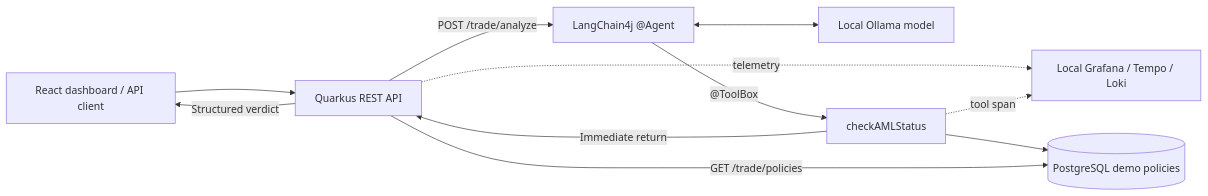
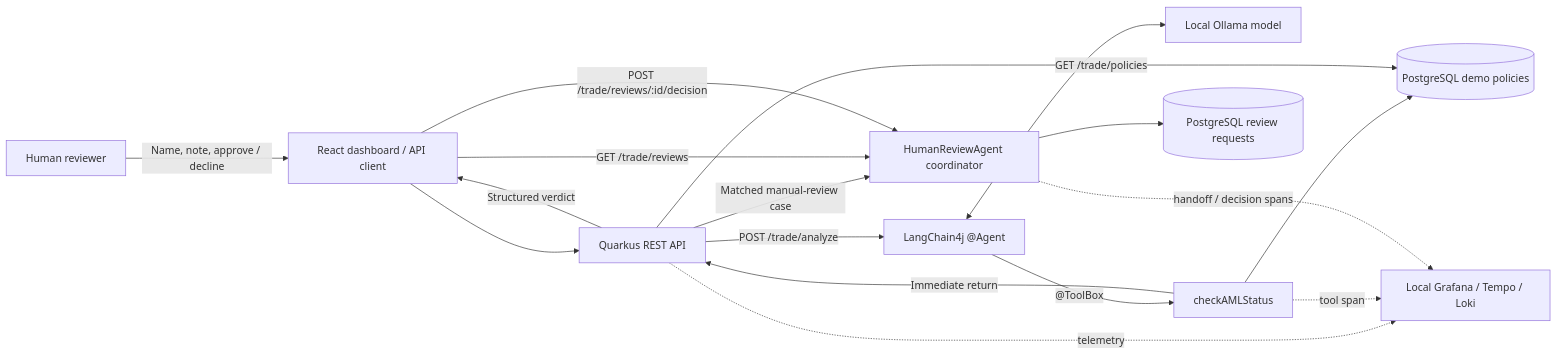
Before and after one commit to danieloh30/sovereign-trade-agent: the diagram in README.md, drawn with Mermaid. The commit also changed other lines of this file and 23 other files, not shown here.

Commit message:
Add human review workflow and demo note examples

````diff
--- a/README.md
+++ b/README.md
@@ -136,13 +162,19 @@
 ```mermaid
 flowchart LR
     UI[React dashboard / API client] --> API[Quarkus REST API]
     API -->|"POST /trade/analyze"| Agent["LangChain4j @Agent"]
     Agent <--> Ollama[Local Ollama model]
     Agent -->|"@ToolBox"| Tool[checkAMLStatus]
     Tool --> DB[(PostgreSQL demo policies)]
     API -->|"GET /trade/policies"| DB
     Tool -->|Immediate return| API
     API -->|Structured verdict| UI
+    API -->|Matched manual-review case| Review[HumanReviewAgent coordinator]
+    Review --> Reviews[(PostgreSQL review requests)]
+    UI -->|"GET /trade/reviews"| Review
+    Human[Human reviewer] -->|Name, note, approve / decline| UI
+    UI -->|"POST /trade/reviews/:id/decision"| Review
     API -. telemetry .-> LGTM[Local Grafana / Tempo / Loki]
     Tool -. tool span .-> LGTM
+    Review -. handoff / decision spans .-> LGTM
 ```
````
